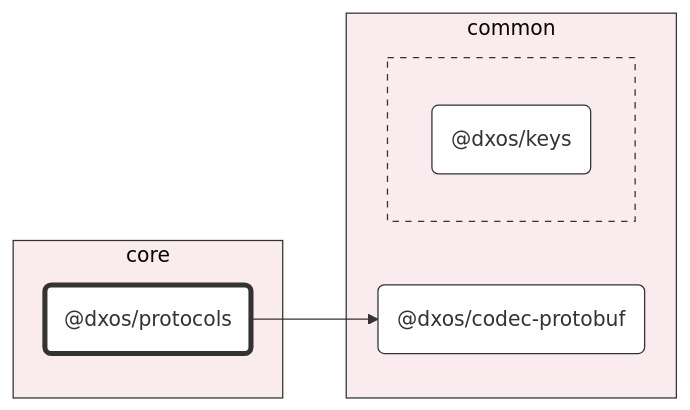
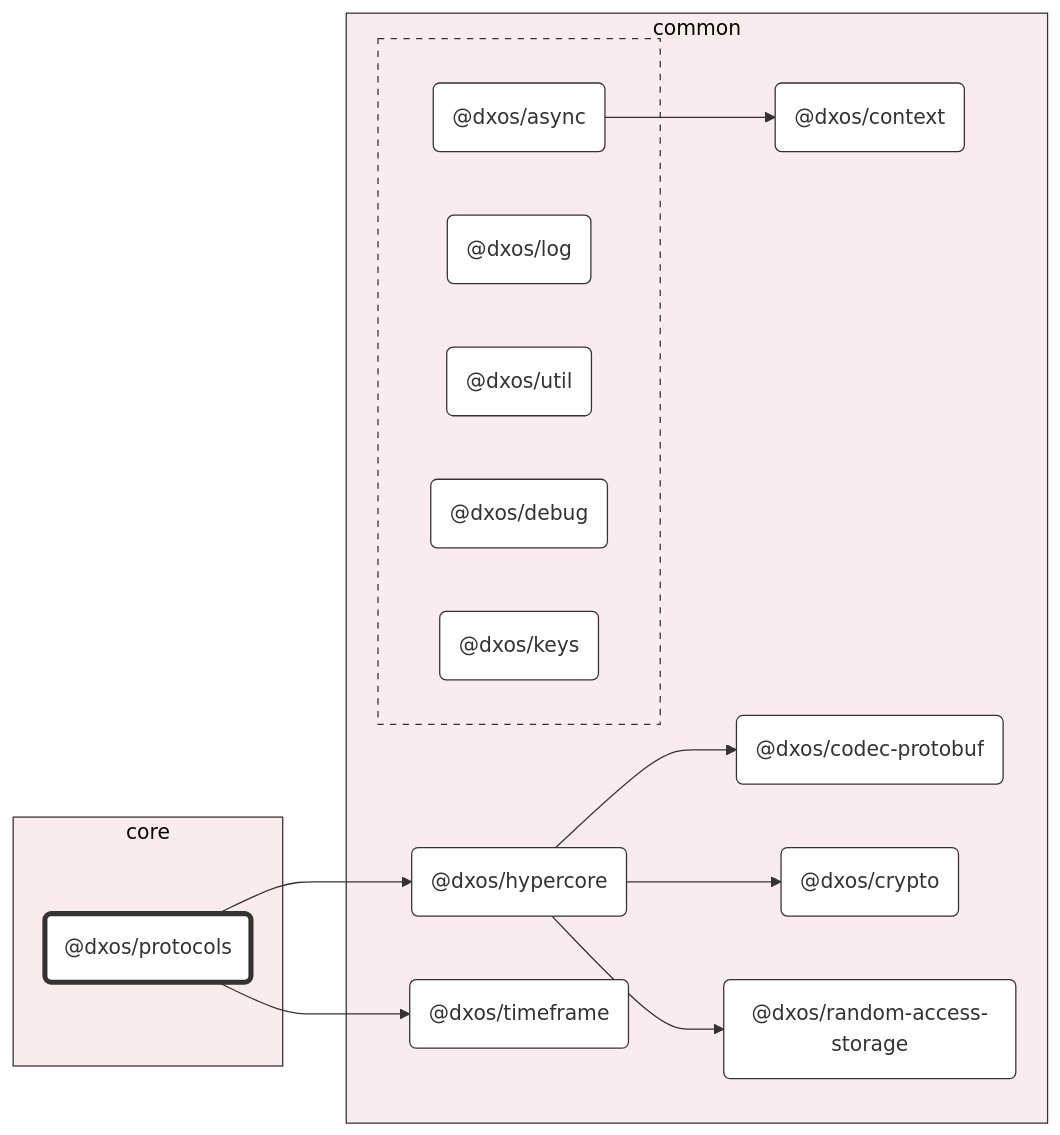
Before and after one commit to dxos/dxos: the diagram in packages/core/protocols/docs/README.md, drawn with Mermaid (base theme). The commit also changed other lines of this file and 95 other files, not shown here.

Commit message:
Class diagrams.

````diff
--- a/packages/core/protocols/docs/README.md
+++ b/packages/core/protocols/docs/README.md
@@ -7,33 +7,56 @@
 ```mermaid
 %%{ init: {'flowchart':{'curve':'basis'}} }%%
 
 flowchart LR
 
 %% Classes
 classDef def fill:#fff,stroke:#333,stroke-width:1px
 classDef root fill:#fff,stroke:#333,stroke-width:4px
 
 %% Nodes
 
 subgraph core [core]
   style core fill:#faebec,stroke:#333
   dxos/protocols("@dxos/protocols"):::root
   click dxos/protocols "dxos/dxos/tree/main/packages/core/protocols/docs"
 end
 
 subgraph common [common]
   style common fill:#faebee,stroke:#333
   dxos/codec-protobuf("@dxos/codec-protobuf"):::def
   click dxos/codec-protobuf "dxos/dxos/tree/main/packages/common/codec-protobuf/docs"
+  dxos/context("@dxos/context"):::def
+  click dxos/context "dxos/dxos/tree/main/packages/common/context/docs"
+  dxos/hypercore("@dxos/hypercore"):::def
+  click dxos/hypercore "dxos/dxos/tree/main/packages/common/hypercore/docs"
+  dxos/crypto("@dxos/crypto"):::def
+  click dxos/crypto "dxos/dxos/tree/main/packages/common/crypto/docs"
+  dxos/random-access-storage("@dxos/random-access-storage"):::def
+  click dxos/random-access-storage "dxos/dxos/tree/main/packages/common/random-access-storage/docs"
+  dxos/timeframe("@dxos/timeframe"):::def
+  click dxos/timeframe "dxos/dxos/tree/main/packages/common/timeframe/docs"
 
   subgraph _ [ ]
     style _ fill:#faebee,stroke:#333,stroke-dasharray:5 5
+    dxos/async("@dxos/async"):::def
+    click dxos/async "dxos/dxos/tree/main/packages/common/async/docs"
+    dxos/log("@dxos/log"):::def
+    click dxos/log "dxos/dxos/tree/main/packages/common/log/docs"
+    dxos/util("@dxos/util"):::def
+    click dxos/util "dxos/dxos/tree/main/packages/common/util/docs"
+    dxos/debug("@dxos/debug"):::def
+    click dxos/debug "dxos/dxos/tree/main/packages/common/debug/docs"
     dxos/keys("@dxos/keys"):::def
     click dxos/keys "dxos/dxos/tree/main/packages/common/keys/docs"
   end
 end
 
 %% Links
 linkStyle default stroke:#333,stroke-width:1px
-dxos/protocols --> dxos/codec-protobuf
+dxos/async --> dxos/context
+dxos/protocols --> dxos/hypercore
+dxos/hypercore --> dxos/codec-protobuf
+dxos/hypercore --> dxos/crypto
+dxos/hypercore --> dxos/random-access-storage
+dxos/protocols --> dxos/timeframe
 ```
````
